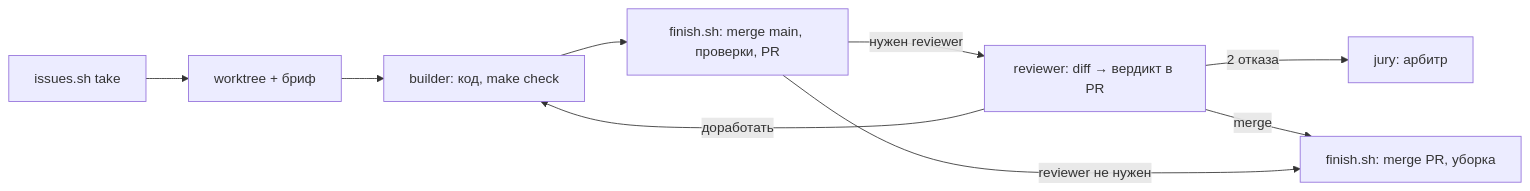
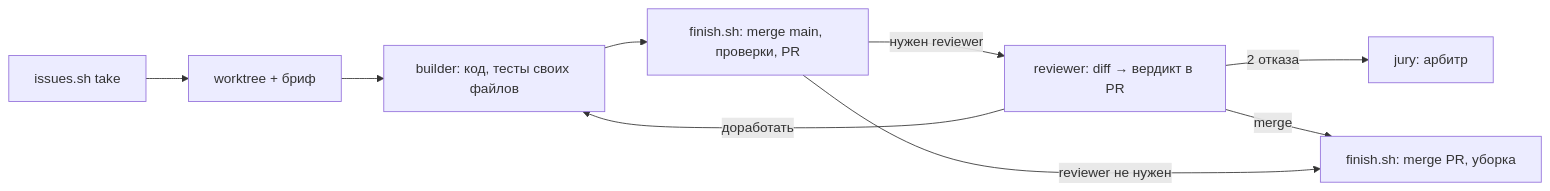
One commit to Ivana-banana/Ostrovok changed the diagram in docs/agents.md. Above: the diagram before and after it, drawn with Mermaid. The commit also changed 3 other files, not shown here.

First line of the commit message:
процесс: builder гоняет тесты своих файлов и make lint, полный make check — один раз в finish.sh (#228)

````diff
--- a/docs/agents.md
+++ b/docs/agents.md
@@ -29,11 +29,11 @@
 ```mermaid
 flowchart LR
   T[issues.sh take] --> W[worktree + бриф]
-  W --> B[builder: код, make check]
+  W --> B[builder: код, тесты своих файлов]
   B --> F1[finish.sh: merge main, проверки, PR]
   F1 -- нужен reviewer --> R[reviewer: diff → вердикт в PR]
   R -- доработать --> B
   R -- 2 отказа --> J[jury: арбитр]
   R -- merge --> F2[finish.sh: merge PR, уборка]
   F1 -- reviewer не нужен --> F2
 ```
````
